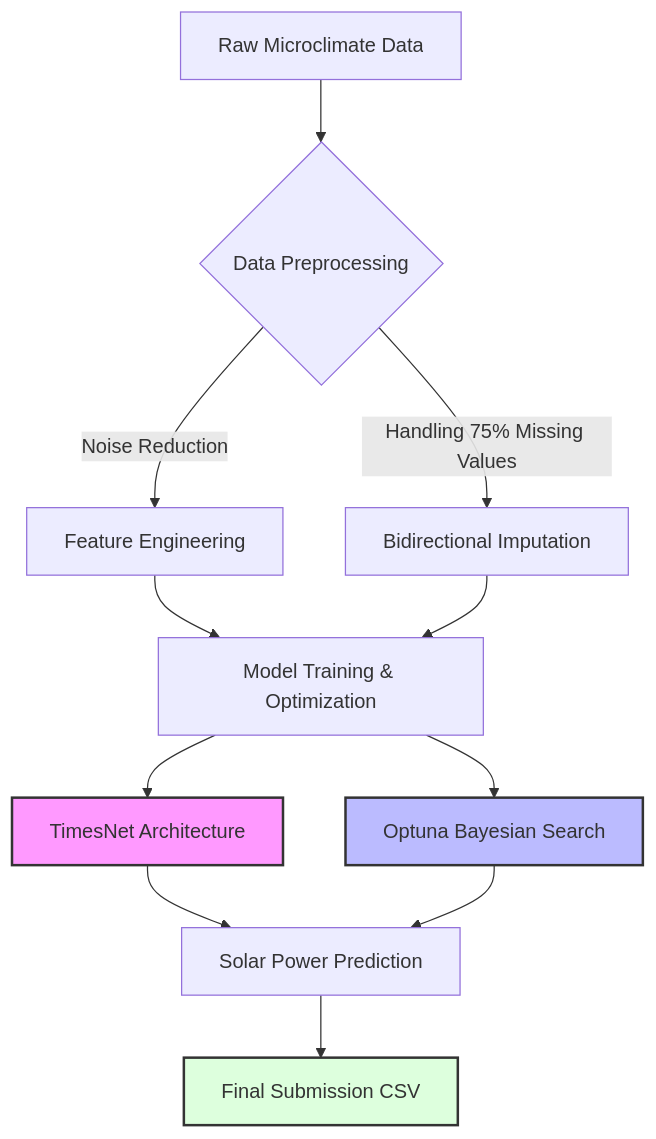
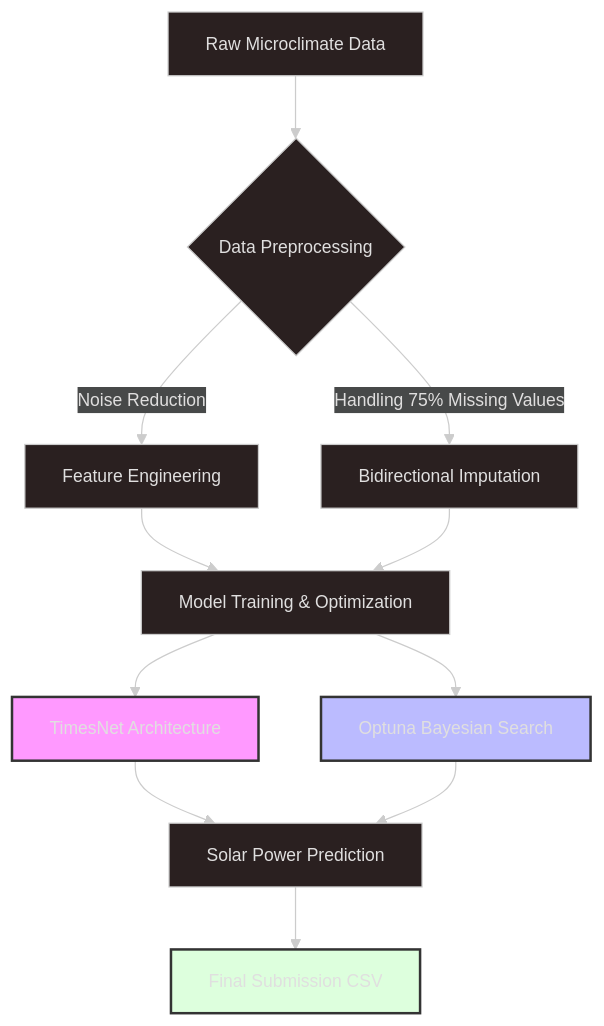
The diagram in README.md (schaof/AI-Cup-2024-Power-Prediction), drawn with Mermaid before and after one commit.

````diff
--- a/README.md
+++ b/README.md
@@ -5,20 +5,24 @@
 ```mermaid
+---
+config:
+  theme: neo-dark
+---
 graph TD
     A[Raw Microclimate Data] --> B{Data Preprocessing}
     B -->|Noise Reduction| C[Feature Engineering]
     B -->|Handling 75% Missing Values| D[Bidirectional Imputation]
     
     C --> E[Model Training & Optimization]
     D --> E
     
     E --> F[TimesNet Architecture]
     E --> G[Optuna Bayesian Search]
     
     F --> H[Solar Power Prediction]
     G --> H
     H --> I[Final Submission CSV]
 
     style F fill:#f9f,stroke:#333,stroke-width:2px
     style G fill:#bbf,stroke:#333,stroke-width:2px
     style I fill:#dfd,stroke:#333,stroke-width:2px
 ```
````
